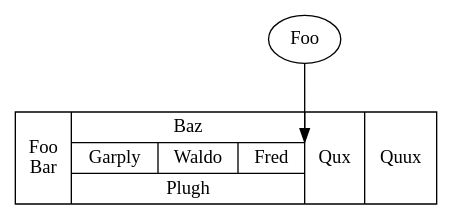
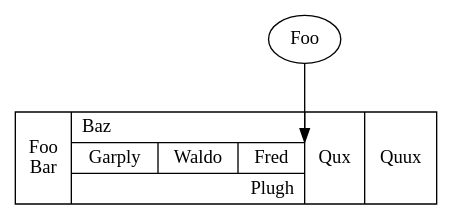
The ninth of 26 diagrams in README.md (mariusz-schimke/GiGraph), drawn with Graphviz before and after one commit. The commit also changed other lines of this file and 2 other files, not shown here.

Commit message:
Record nodes example extended

````diff
--- a/README.md
+++ b/README.md
@@ -829,8 +829,8 @@
 ```dot
 digraph
 {
-    Bar [ label = "Foo\nBar | { Baz | { Garply | Waldo | <port1> Fred } | Plugh } | Qux | Quux", shape = record ]
+    Bar [ label = "Foo\nBar | { Baz\l | { Garply | Waldo | <port1> Fred } | Plugh\r } | Qux | Quux", shape = record ]
 
     Foo -> Bar:port1:ne
 }
 ```
````
